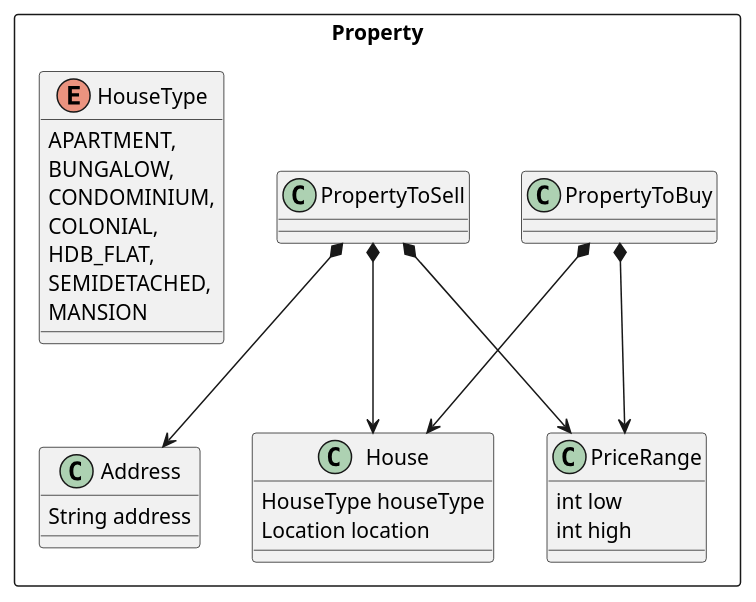
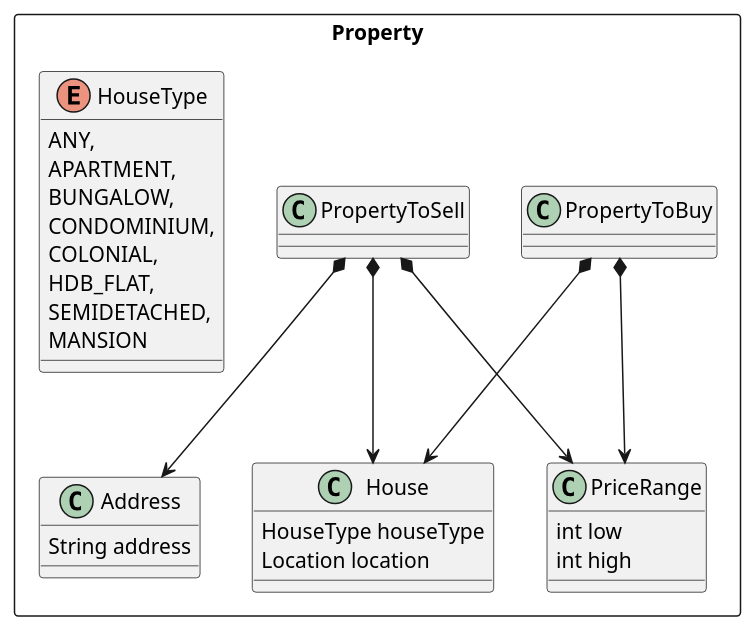
The diagram in docs/diagrams/PropertyClassDiagram.puml (nus-cs2103-AY2122S2/tp), drawn with PlantUML before and after one commit. The commit also changed 1 other file, not shown here.

Commit message:
Update DG content and add ANY to HouseType enum in Property Diagram

```diff
--- a/docs/diagrams/PropertyClassDiagram.puml
+++ b/docs/diagrams/PropertyClassDiagram.puml
@@ -1,44 +1,45 @@
 @startuml
 'https://plantuml.com/class-diagram
 
 
 Package Property <<Rectangle>>{
 
 class PropertyToBuy
 class PropertyToSell
 
 class PriceRange{
 int low
 int high
 }
 
 class Address {
 String address
 }
 class House {
 HouseType houseType
 Location location
 }
 
 enum HouseType {
+ANY,
 APARTMENT,
 BUNGALOW,
 CONDOMINIUM,
 COLONIAL,
 HDB_FLAT,
 SEMIDETACHED,
 MANSION
 }
 
 
 }
 
 PropertyToBuy *--> House
 PropertyToBuy *--> PriceRange
 
 PropertyToSell *--> House
 PropertyToSell *--> PriceRange
 PropertyToSell *--> Address
 
 
 @enduml
```
